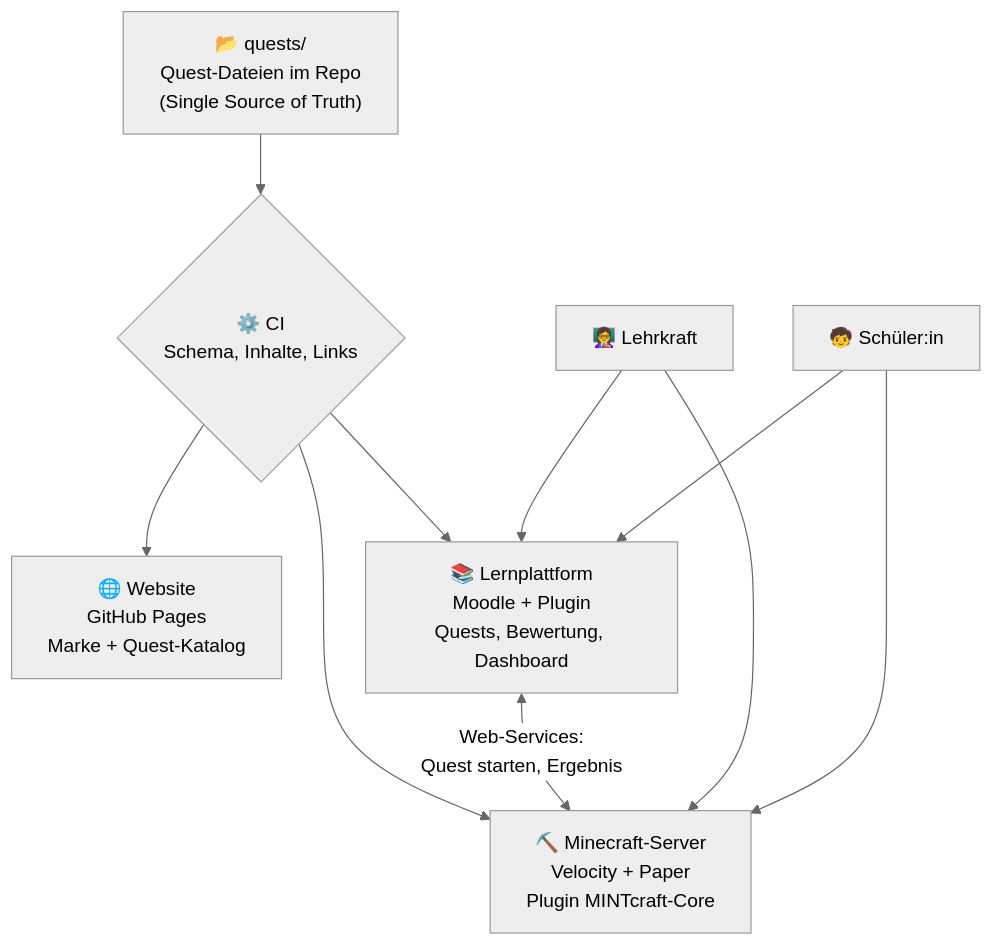
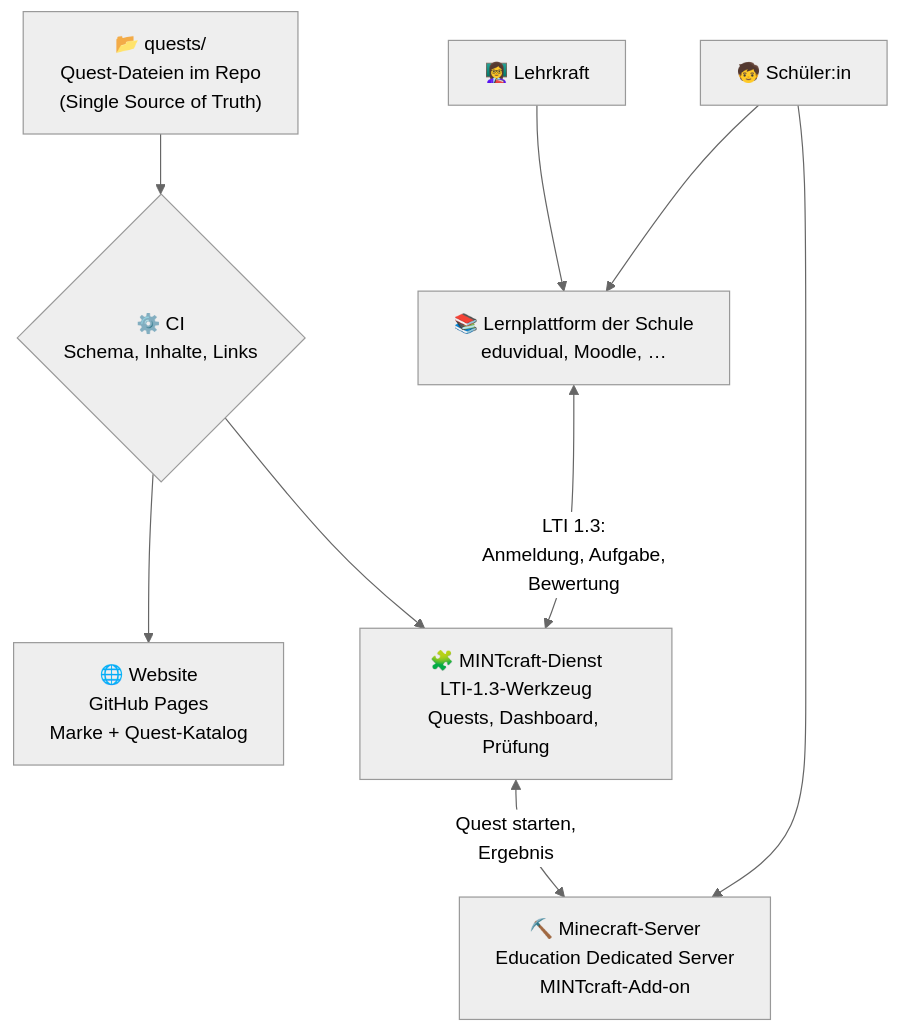
Before and after one commit to apachler/MINTforge: the second of 4 diagrams in docs/konzept.md, drawn with Mermaid (neutral theme). The commit also changed other lines of this file and 3 other files, not shown here.

Commit message:
Marken- und Marktrecherche, Konzept Entwurf 2 (Education zuerst, LTI, Luanti)

````diff
--- a/docs/konzept.md
+++ b/docs/konzept.md
@@ -173,12 +182,11 @@
 ```mermaid
 flowchart TB
     Q["📂 quests/<br/>Quest-Dateien im Repo<br/>(Single Source of Truth)"] --> CI{"⚙️ CI<br/>Schema, Inhalte, Links"}
     CI --> W["🌐 Website<br/>GitHub Pages<br/>Marke + Quest-Katalog"]
-    CI --> M["📚 Lernplattform<br/>Moodle + Plugin<br/>Quests, Bewertung, Dashboard"]
-    CI --> S["⛏️ Minecraft-Server<br/>Velocity + Paper<br/>Plugin MINTcraft-Core"]
-    M <-- "Web-Services:<br/>Quest starten, Ergebnis" --> S
-    L["👩‍🏫 Lehrkraft"] --> M
-    L --> S
-    K["🧒 Schüler:in"] --> M
+    CI --> T["🧩 MINTcraft-Dienst<br/>LTI-1.3-Werkzeug<br/>Quests, Dashboard, Prüfung"]
+    LMS["📚 Lernplattform der Schule<br/>eduvidual, Moodle, …"] <-- "LTI 1.3:<br/>Anmeldung, Aufgabe,<br/>Bewertung" --> T
+    T <-- "Quest starten,<br/>Ergebnis" --> S["⛏️ Minecraft-Server<br/>Education Dedicated Server<br/>MINTcraft-Add-on"]
+    L["👩‍🏫 Lehrkraft"] --> LMS
+    K["🧒 Schüler:in"] --> LMS
     K --> S
 ```
````
